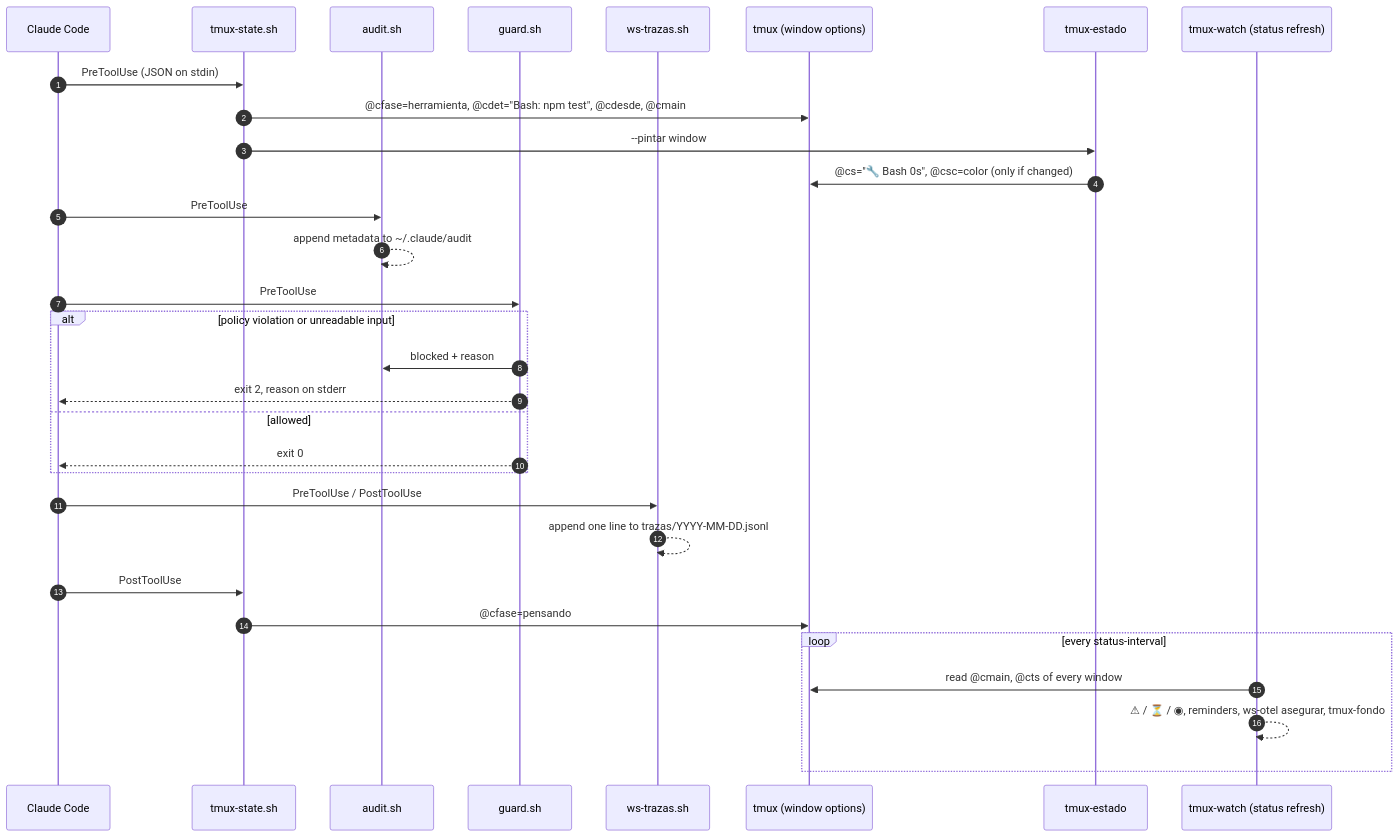
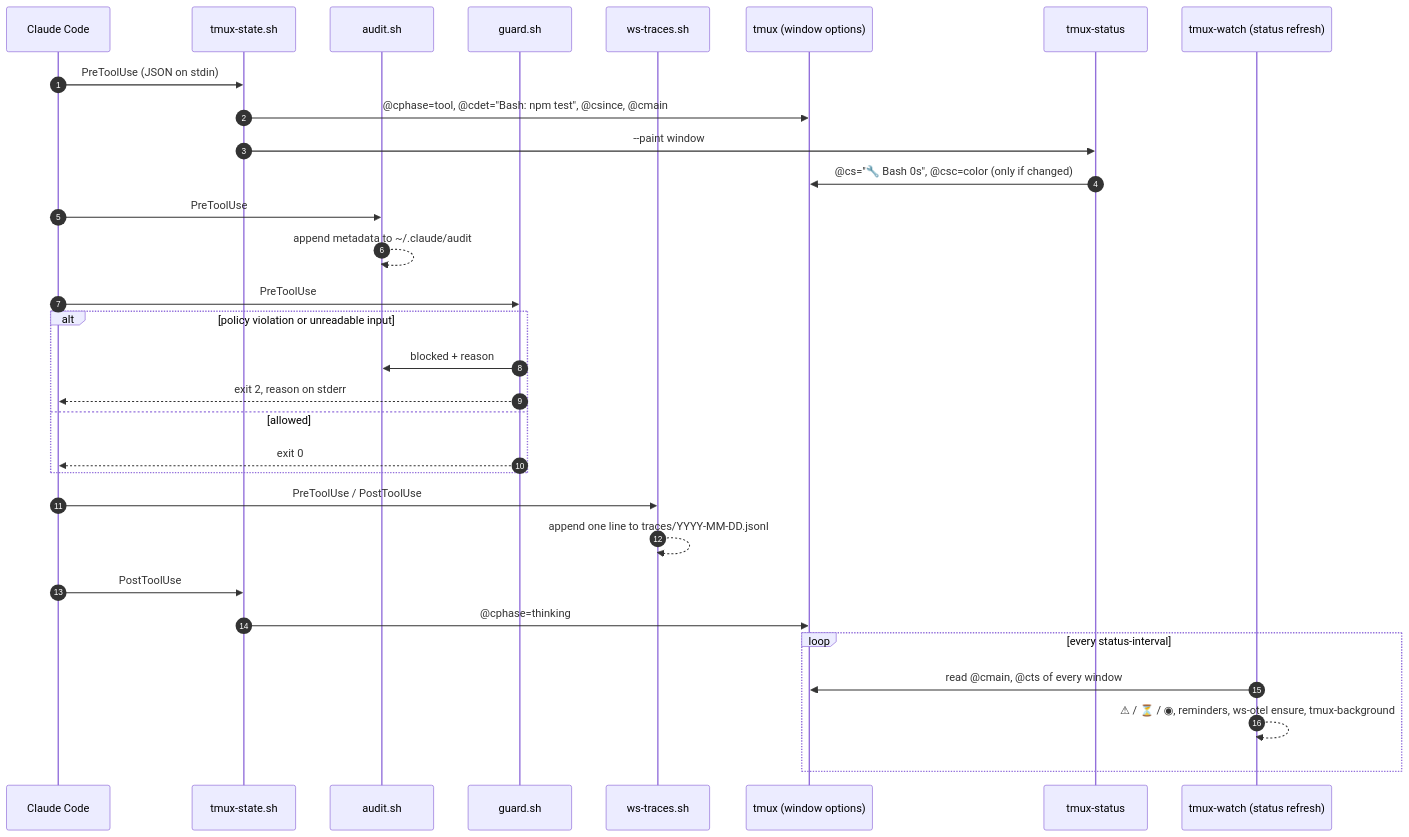
One commit to andreshma/claude-workstation changed the fifth of 10 diagrams in docs/DIAGRAMS.md. Above: the diagram before and after it, drawn with Mermaid. The commit also changed other lines of this file and 226 other files, not shown here.

````diff
--- a/docs/DIAGRAMS.md
+++ b/docs/DIAGRAMS.md
@@ -188,34 +188,34 @@
 ```mermaid
 sequenceDiagram
   autonumber
   participant C as Claude Code
   participant ST as tmux-state.sh
   participant AU as audit.sh
   participant G as guard.sh
-  participant TZ as ws-trazas.sh
+  participant TR as ws-traces.sh
   participant T as tmux (window options)
-  participant E as tmux-estado
+  participant E as tmux-status
   participant W as tmux-watch (status refresh)
 
   C->>ST: PreToolUse (JSON on stdin)
-  ST->>T: @cfase=herramienta, @cdet="Bash: npm test", @cdesde, @cmain
-  ST->>E: --pintar window
+  ST->>T: @cphase=tool, @cdet="Bash: npm test", @csince, @cmain
+  ST->>E: --paint window
   E->>T: @cs="🔧 Bash 0s", @csc=color (only if changed)
   C->>AU: PreToolUse
   AU-->>AU: append metadata to ~/.claude/audit
   C->>G: PreToolUse
   alt policy violation or unreadable input
     G->>AU: blocked + reason
     G-->>C: exit 2, reason on stderr
   else allowed
     G-->>C: exit 0
   end
-  C->>TZ: PreToolUse / PostToolUse
-  TZ-->>TZ: append one line to trazas/YYYY-MM-DD.jsonl
+  C->>TR: PreToolUse / PostToolUse
+  TR-->>TR: append one line to traces/YYYY-MM-DD.jsonl
   C->>ST: PostToolUse
-  ST->>T: @cfase=pensando
+  ST->>T: @cphase=thinking
   loop every status-interval
     W->>T: read @cmain, @cts of every window
-    W-->>W: ⚠ / ⏳ / ◉, reminders, ws-otel asegurar, tmux-fondo
+    W-->>W: ⚠ / ⏳ / ◉, reminders, ws-otel ensure, tmux-background
   end
 ```
````
